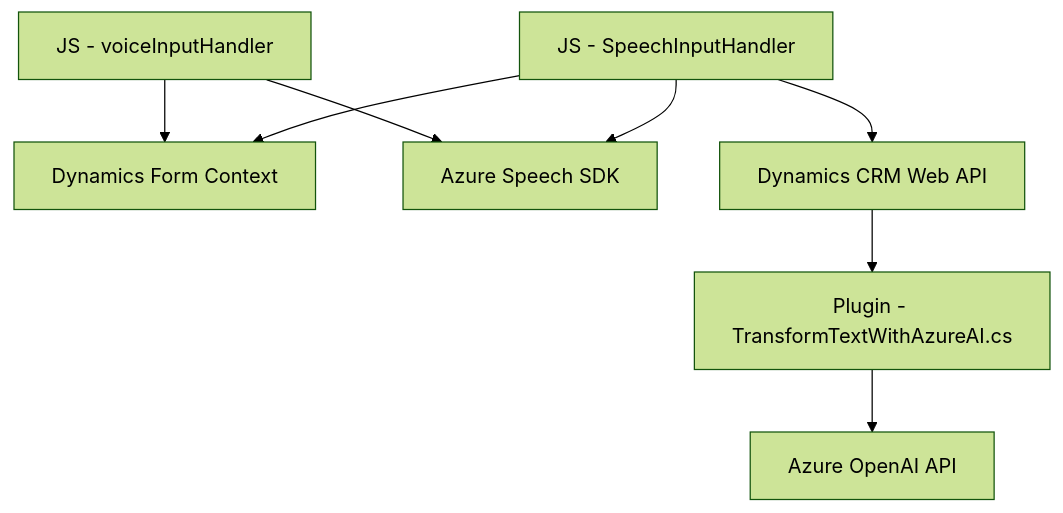
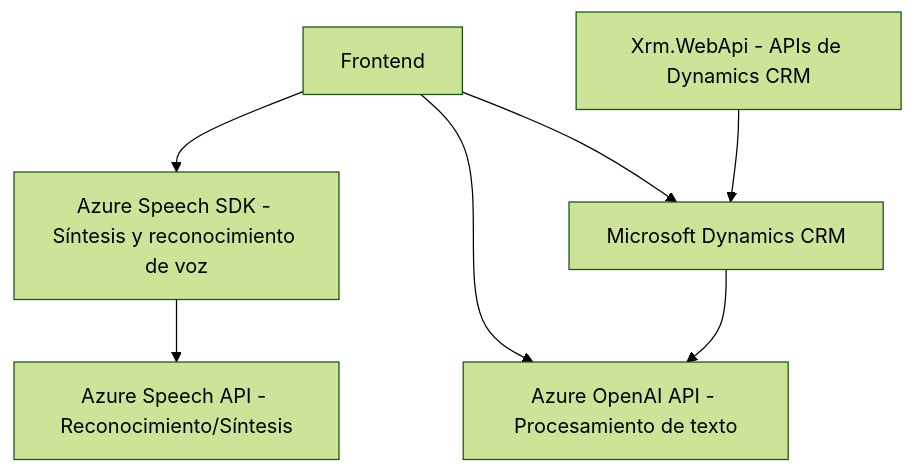
Before and after one commit to blopezdm/NETCORE_BILBAO2025: the diagram in README.md, drawn with Mermaid (forest theme). The commit also changed other lines of this file, not shown here.

````diff
--- a/README.md
+++ b/README.md
@@ -40,18 +41,16 @@
 ```mermaid
 graph TD
-    Frontend["JS - voiceInputHandler"]
-    Form["Dynamics Form Context"] 
-    SpeechSDK["Azure Speech SDK"]
-    InputHandler["JS - SpeechInputHandler"]
-    Plugin["Plugin - TransformTextWithAzureAI.cs"] 
-    AzureAI["Azure OpenAI API"]
-    CRM["Dynamics CRM Web API"]
+    A["Frontend"]
+    B["Azure Speech SDK - Síntesis y reconocimiento de voz"]
+    C["Microsoft Dynamics CRM"]
+    D["Azure Speech API - Reconocimiento/Síntesis"]
+    E["Azure OpenAI API - Procesamiento de texto"]
+    F["Xrm.WebApi - APIs de Dynamics CRM"]
 
-    Frontend --> SpeechSDK
-    Frontend --> Form
-    InputHandler --> SpeechSDK
-    InputHandler --> Form
-    InputHandler --> CRM
-    CRM --> Plugin
-    Plugin --> AzureAI
+    A-->B
+    B-->D
+    A-->C
+    A-->E
+    C-->E
+    F-->C
 ```
````
